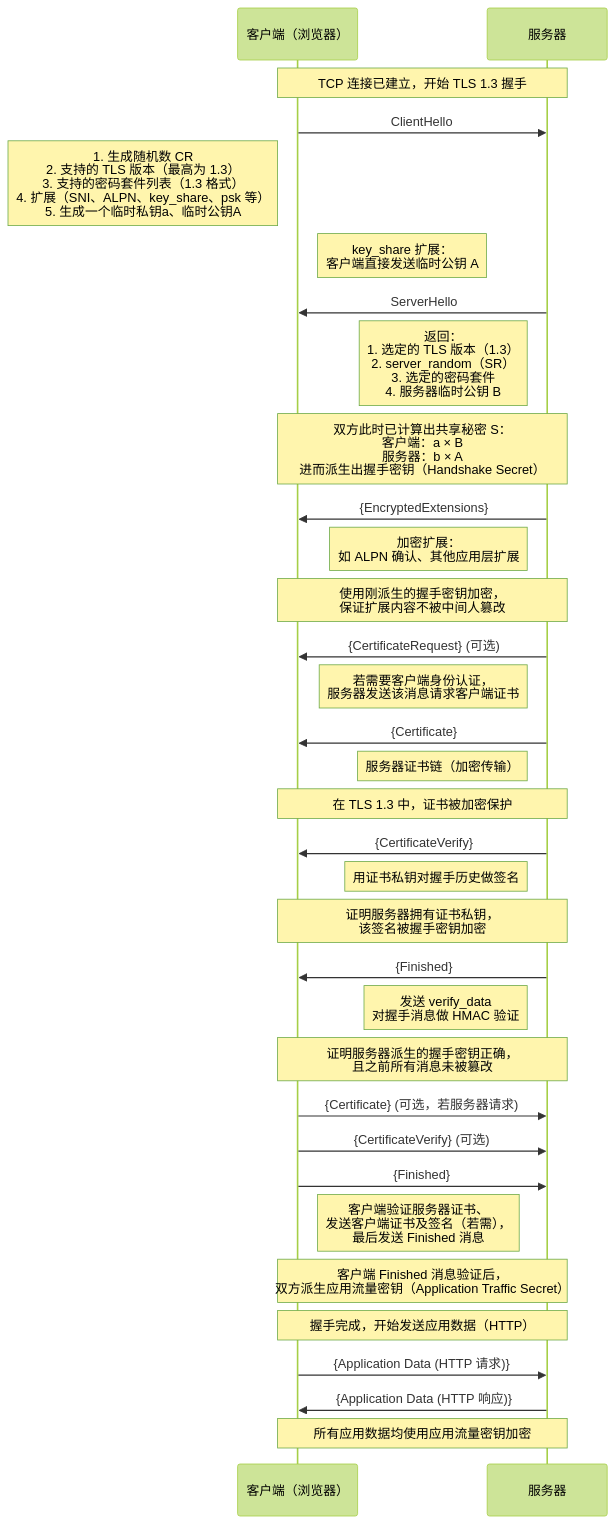
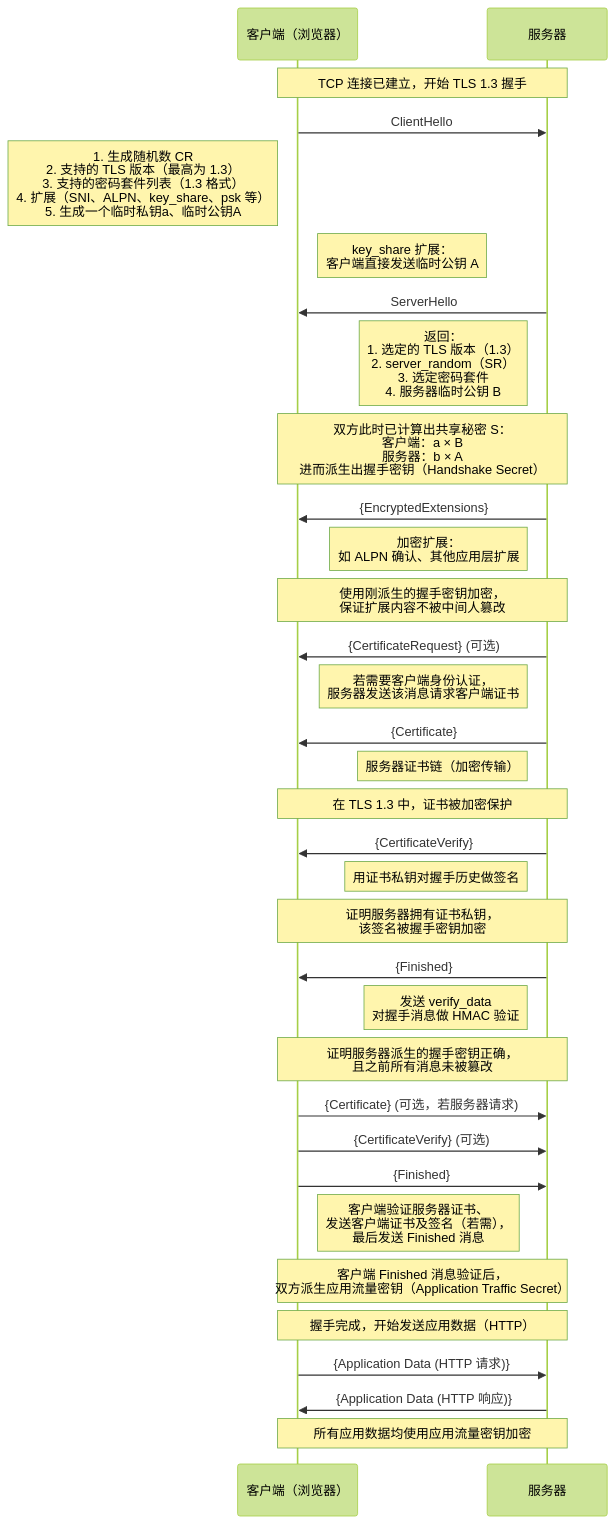
Before and after one commit to HY-10-8/iodraw-files: the diagram in all/TLS-。.md, drawn with Mermaid (forest theme).

Commit message:
2026-03-30 17:47:14 update

````diff
--- a/all/TLS-。.md
+++ b/all/TLS-。.md
@@ -1,46 +1,46 @@
 ```mermaid
 sequenceDiagram
     participant C as 客户端（浏览器）
     participant S as 服务器
 
     Note over C,S: TCP 连接已建立，开始 TLS 1.3 握手
 
     C->>S: ClientHello
     Note left of C: 1. 生成随机数 CR<br/> 2. 支持的 TLS 版本（最高为 1.3）<br/> 3. 支持的密码套件列表（1.3 格式）<br/> 4. 扩展（SNI、ALPN、key_share、psk 等）<br/> 5. 生成一个临时私钥a、临时公钥A
     Note right of C: key_share 扩展：<br/> 客户端直接发送临时公钥 A
 
     S->>C: ServerHello
-    Note left of S: 返回：<br/> 1. 选定的 TLS 版本（1.3）<br/> 2. server_random（SR）<br/> 3. 选定的密码套件<br/> 4. 服务器临时公钥 B
+    Note left of S: 返回：<br/> 1. 选定的 TLS 版本（1.3）<br/> 2. server_random（SR）<br/> 3. 选定密码套件<br/> 4. 服务器临时公钥 B
     Note over C,S: 双方此时已计算出共享秘密 S：<br/> 客户端：a × B<br/> 服务器：b × A<br/> 进而派生出握手密钥（Handshake Secret）
 
     S->>C: {EncryptedExtensions}
     Note left of S: 加密扩展：<br/> 如 ALPN 确认、其他应用层扩展
     Note over C,S: 使用刚派生的握手密钥加密，<br/> 保证扩展内容不被中间人篡改
 
     S->>C: {CertificateRequest} (可选)
     Note left of S: 若需要客户端身份认证，<br/> 服务器发送该消息请求客户端证书
 
     S->>C: {Certificate}
     Note left of S: 服务器证书链（加密传输）
     Note over C,S: 在 TLS 1.3 中，证书被加密保护
 
     S->>C: {CertificateVerify}
     Note left of S: 用证书私钥对握手历史做签名
     Note over C,S: 证明服务器拥有证书私钥，<br/> 该签名被握手密钥加密
 
     S->>C: {Finished}
     Note left of S: 发送 verify_data<br/> 对握手消息做 HMAC 验证
     Note over C,S: 证明服务器派生的握手密钥正确，<br/> 且之前所有消息未被篡改
 
     C->>S: {Certificate} (可选，若服务器请求)
     C->>S: {CertificateVerify} (可选)
     C->>S: {Finished}
     Note right of C: 客户端验证服务器证书、<br/> 发送客户端证书及签名（若需），<br/> 最后发送 Finished 消息
     Note over C,S: 客户端 Finished 消息验证后，<br/> 双方派生应用流量密钥（Application Traffic Secret）
 
     Note over C,S: 握手完成，开始发送应用数据（HTTP）
 
     C->>S: {Application Data (HTTP 请求)}
     S->>C: {Application Data (HTTP 响应)}
     Note over C,S: 所有应用数据均使用应用流量密钥加密
 ```
````
